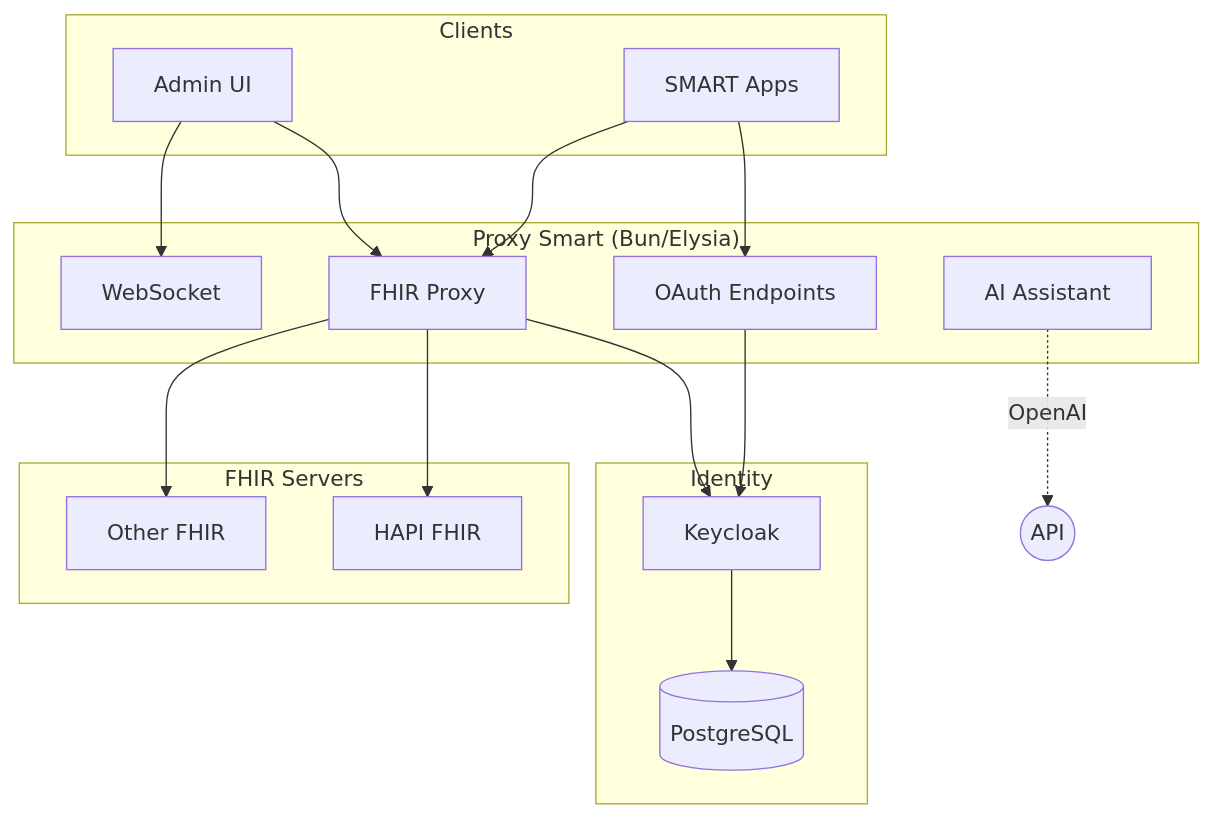
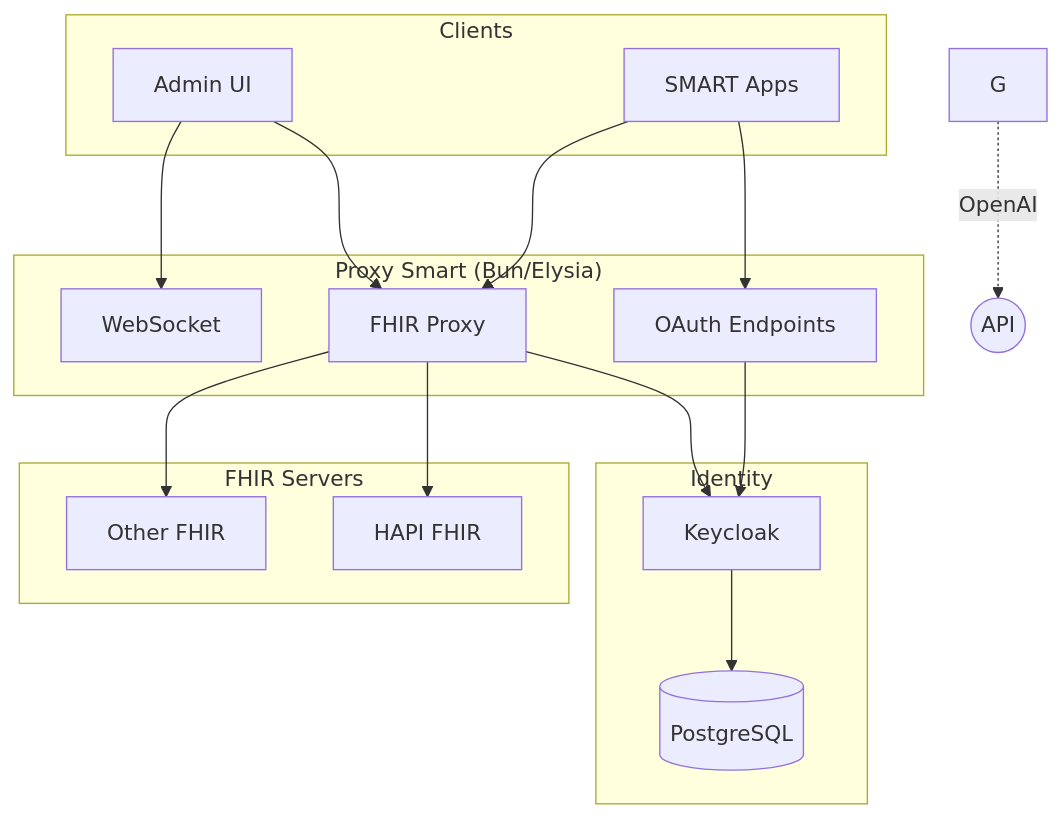
The diagram in README.md (Max-Health-Inc/proxy-smart), drawn with Mermaid before and after one commit. The commit also changed other lines of this file and 6 other files, not shown here.

````diff
--- a/README.md
+++ b/README.md
@@ -103,38 +99,37 @@
 ```mermaid
 graph TB
     subgraph Clients
         A[Admin UI]
         B[SMART Apps]
     end
   
     subgraph "Proxy Smart (Bun/Elysia)"
         D[FHIR Proxy]
         E[OAuth Endpoints]
         F[WebSocket]
-        G[AI Assistant]
     end
   
     subgraph Identity
         H[Keycloak]
         I[(PostgreSQL)]
     end
   
     subgraph "FHIR Servers"
         K[HAPI FHIR]
         L[Other FHIR]
     end
   
     A --> D
     A --> F
     B --> E
     B --> D
   
     E --> H
     D --> H
     H --> I
   
     D --> K
     D --> L
     
     G -.-> |OpenAI| X((API))
 ```
````
